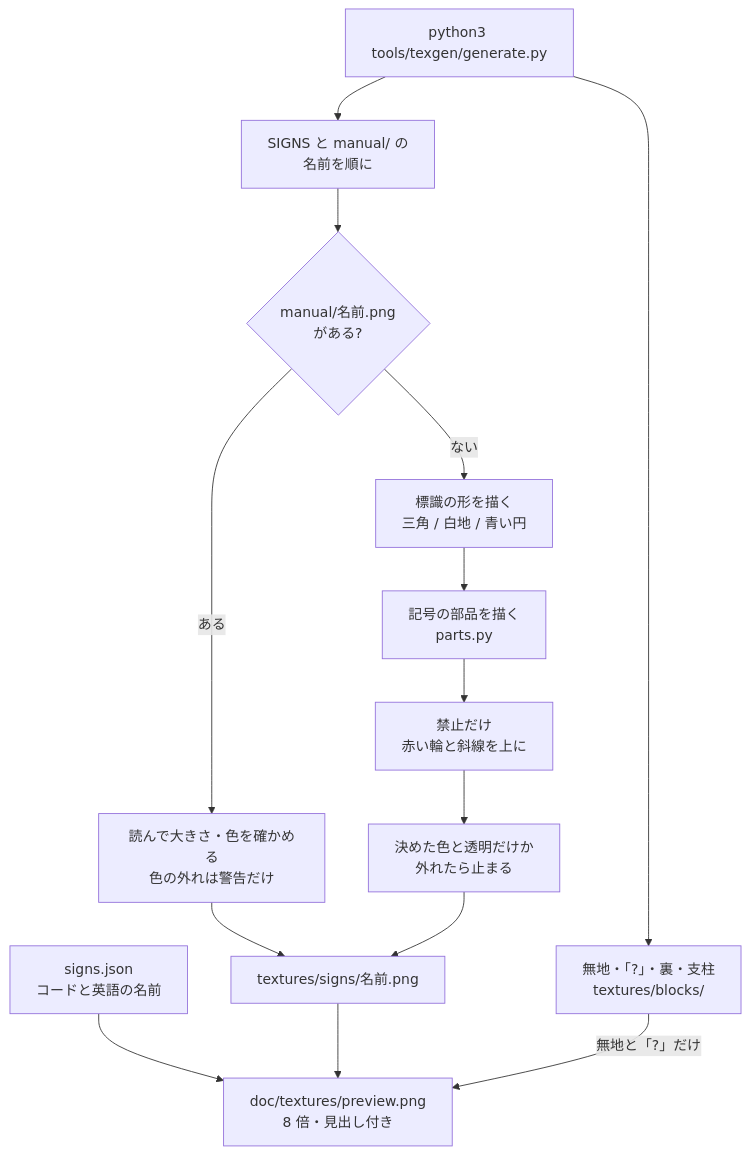
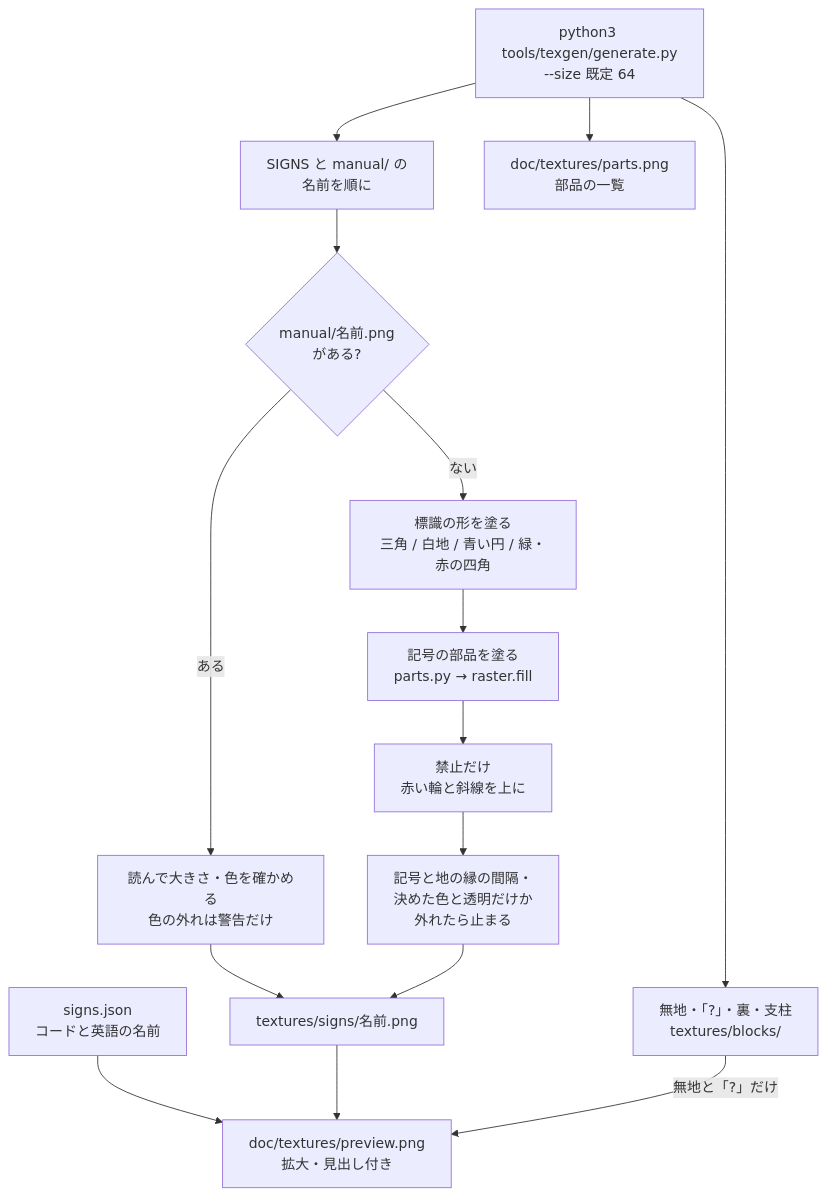
Before and after one commit to zeusisgood/safetysigns: the diagram in doc/diagrams/texture-generation.md, drawn with Mermaid. The commit also changed other lines of this file and 29 other files, not shown here.

First line of the commit message:
Redraw sign textures at 64x64 with resolution-independent parts

````diff
--- a/doc/diagrams/texture-generation.md
+++ b/doc/diagrams/texture-generation.md
@@ -10,16 +11,17 @@
 ```mermaid
 flowchart TD
-    Run["python3 tools/texgen/generate.py"] --> Each["SIGNS と manual/ の<br/>名前を順に"]
+    Run["python3 tools/texgen/generate.py<br/>--size 既定 64"] --> Each["SIGNS と manual/ の<br/>名前を順に"]
     Each --> Manual{"manual/名前.png<br/>がある?"}
     Manual -- ある --> Load["読んで大きさ・色を確かめる<br/>色の外れは警告だけ"]
-    Manual -- ない --> Frame["標識の形を描く<br/>三角 / 白地 / 青い円"]
-    Frame --> Symbol["記号の部品を描く<br/>parts.py"]
+    Manual -- ない --> Frame["標識の形を塗る<br/>三角 / 白地 / 青い円 / 緑・赤の四角"]
+    Frame --> Symbol["記号の部品を塗る<br/>parts.py → raster.fill"]
     Symbol --> Slash["禁止だけ<br/>赤い輪と斜線を上に"]
-    Slash --> Check["決めた色と透明だけか<br/>外れたら止まる"]
+    Slash --> Check["記号と地の縁の間隔・<br/>決めた色と透明だけか<br/>外れたら止まる"]
     Load --> Save["textures/signs/名前.png"]
     Check --> Save
     Run --> Blocks["無地・「?」・裏・支柱<br/>textures/blocks/"]
     Defs["signs.json<br/>コードと英語の名前"] --> Preview
-    Save --> Preview["doc/textures/preview.png<br/>8 倍・見出し付き"]
+    Save --> Preview["doc/textures/preview.png<br/>拡大・見出し付き"]
     Blocks -- 無地と「?」だけ --> Preview
+    Run --> Parts["doc/textures/parts.png<br/>部品の一覧"]
 ```
````
